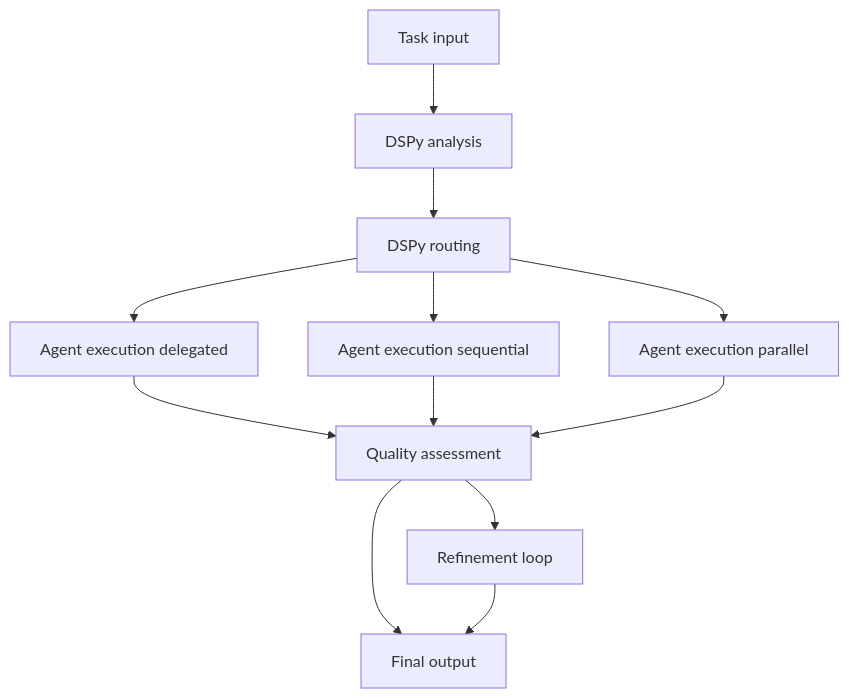
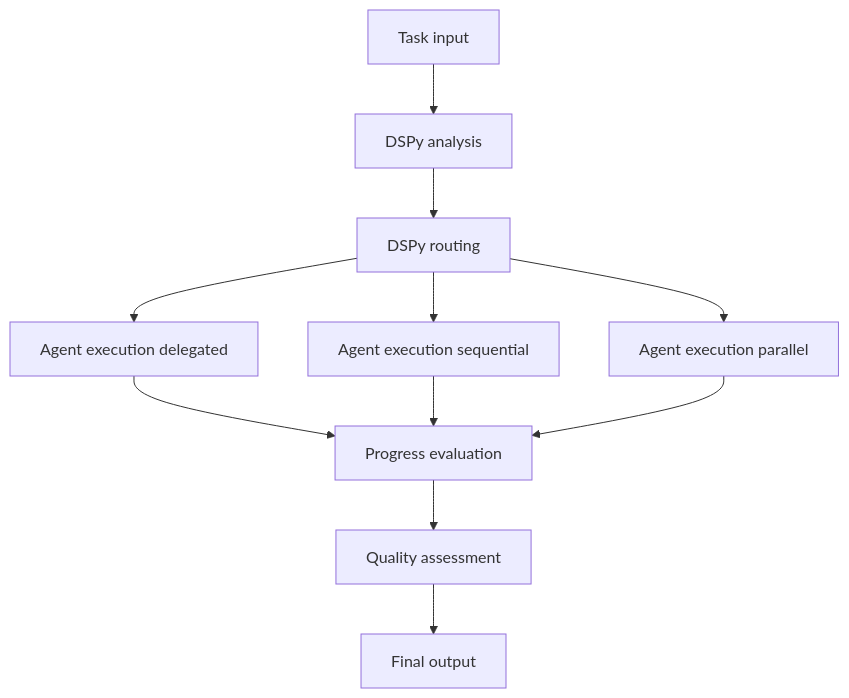
The diagram in README.md (Qredence/agentic-fleet), drawn with Mermaid before and after one commit. The commit also changed other lines of this file and 5 other files, not shown here.

First line of the commit message:
Update README.md to reflect changes in pipeline architecture and remove Judge/Refinement phase

````diff
--- a/README.md
+++ b/README.md
@@ -87,14 +88,13 @@
 ```mermaid
 graph TD
 A[Task input] --> B[DSPy analysis]
 B --> C[DSPy routing]
 C --> D1[Agent execution delegated]
 C --> D2[Agent execution sequential]
 C --> D3[Agent execution parallel]
-D1 --> E[Quality assessment]
-D2 --> E
-D3 --> E
+D1 --> P[Progress evaluation]
+D2 --> P
+D3 --> P
+P --> E[Quality assessment]
 E --> F[Final output]
-E --> G[Refinement loop]
-G --> F
 ```
````
